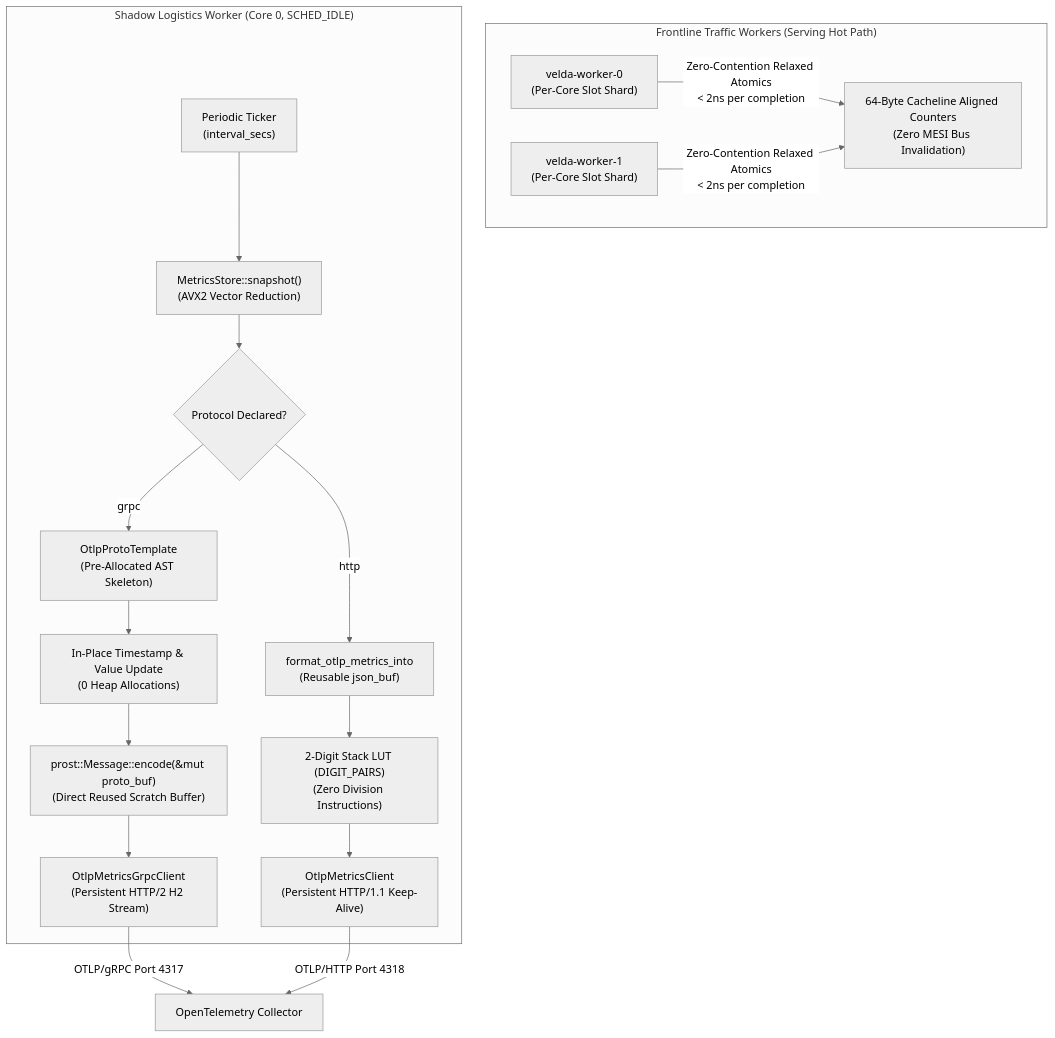
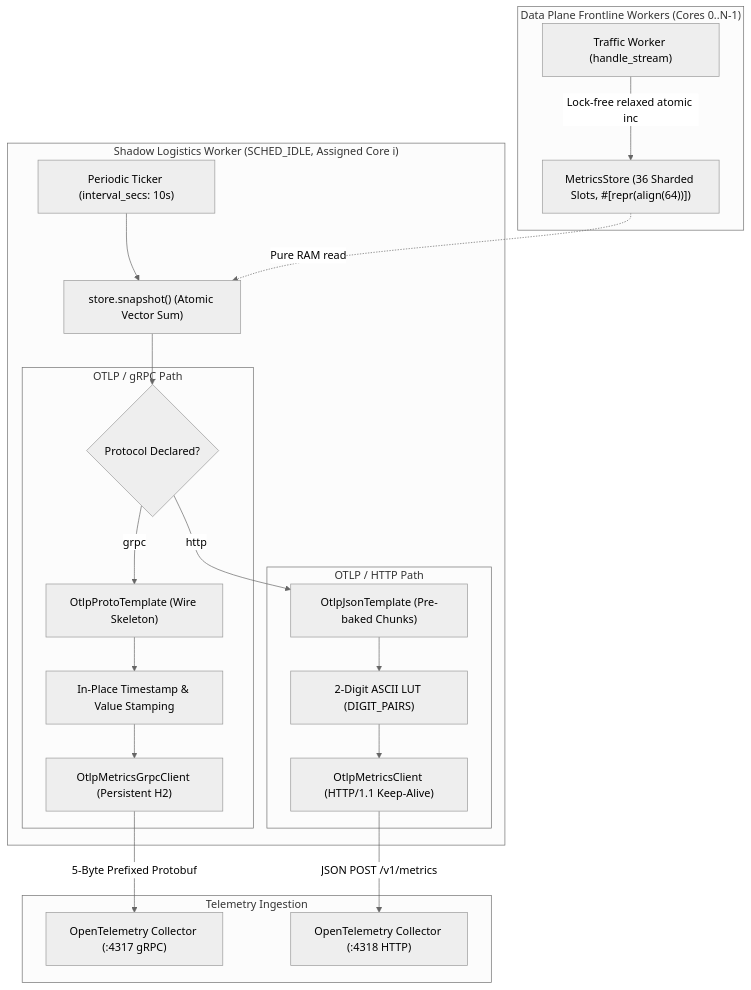
Before and after one commit to phucle996/velda-edge: the diagram in crates/velda-plugin/src/background/otlp_metrics_exporter/ARCHITECTURE.md, drawn with Mermaid (neutral theme). The commit also changed other lines of this file and 68 other files, not shown here.

````diff
--- a/crates/velda-plugin/src/background/otlp_metrics_exporter/ARCHITECTURE.md
+++ b/crates/velda-plugin/src/background/otlp_metrics_exporter/ARCHITECTURE.md
@@ -11,26 +19,43 @@
 ```mermaid
 flowchart TD
-    subgraph FrontlineTrafficWorkers["Frontline Traffic Workers (Serving Hot Path)"]
-        W0["velda-worker-0\n(Per-Core Slot Shard)"]
-        W1["velda-worker-1\n(Per-Core Slot Shard)"]
-        W0 & W1 -->|Zero-Contention Relaxed Atomics\n< 2ns per completion| Cachelines["64-Byte Cacheline Aligned Counters\n(Zero MESI Bus Invalidation)"]
+    subgraph DataPlane["Data Plane Frontline Workers (Cores 0..N-1)"]
+        FW["Traffic Worker (handle_stream)"]
+        MS["MetricsStore (36 Sharded Slots, #[repr(align(64))])"]
+        FW -->|"Lock-free relaxed atomic inc"| MS
     end
 
-    subgraph ShadowWorker["Shadow Logistics Worker (Core 0, SCHED_IDLE)"]
-        Ticker["Periodic Ticker\n(interval_secs)"] --> Snap["MetricsStore::snapshot()\n(AVX2 Vector Reduction)"]
-        
-        Snap --> ModeSwitch{"Protocol Declared?"}
-        
-        ModeSwitch -->|grpc| ProtoTemplate["OtlpProtoTemplate\n(Pre-Allocated AST Skeleton)"]
-        ProtoTemplate --> InPlaceProto["In-Place Timestamp & Value Update\n(0 Heap Allocations)"]
-        InPlaceProto --> ProtoEncode["prost::Message::encode(&mut proto_buf)\n(Direct Reused Scratch Buffer)"]
-        ProtoEncode --> GrpcClient["OtlpMetricsGrpcClient\n(Persistent HTTP/2 H2 Stream)"]
-        
-        ModeSwitch -->|http| JsonEngine["format_otlp_metrics_into\n(Reusable json_buf)"]
-        JsonEngine --> FastLUT["2-Digit Stack LUT (DIGIT_PAIRS)\n(Zero Division Instructions)"]
-        FastLUT --> HttpClient["OtlpMetricsClient\n(Persistent HTTP/1.1 Keep-Alive)"]
+    subgraph ShadowWorker["Shadow Logistics Worker (SCHED_IDLE, Assigned Core i)"]
+        LOOP["Periodic Ticker (interval_secs: 10s)"]
+        SNAP["store.snapshot() (Atomic Vector Sum)"]
+        MODE{"Protocol Declared?"}
+
+        LOOP --> SNAP
+        MS -.->|"Pure RAM read"| SNAP
+        SNAP --> MODE
+
+        subgraph GrpcEngine["OTLP / gRPC Path"]
+            PROTO_TPL["OtlpProtoTemplate (Wire Skeleton)"]
+            IN_PLACE["In-Place Timestamp & Value Stamping"]
+            H2_CLIENT["OtlpMetricsGrpcClient (Persistent H2)"]
+            MODE -->|"grpc"| PROTO_TPL
+            PROTO_TPL --> IN_PLACE
+            IN_PLACE --> H2_CLIENT
+        end
+
+        subgraph HttpEngine["OTLP / HTTP Path"]
+            JSON_TPL["OtlpJsonTemplate (Pre-baked Chunks)"]
+            LUT["2-Digit ASCII LUT (DIGIT_PAIRS)"]
+            HTTP_CLIENT["OtlpMetricsClient (HTTP/1.1 Keep-Alive)"]
+            MODE -->|"http"| JSON_TPL
+            JSON_TPL --> LUT
+            LUT --> HTTP_CLIENT
+        end
     end
 
-    GrpcClient -->|OTLP/gRPC Port 4317| Collector["OpenTelemetry Collector"]
-    HttpClient -->|OTLP/HTTP Port 4318| Collector
+    subgraph Collector["Telemetry Ingestion"]
+        OTEL_GRPC["OpenTelemetry Collector (:4317 gRPC)"]
+        OTEL_HTTP["OpenTelemetry Collector (:4318 HTTP)"]
+        H2_CLIENT -->|"5-Byte Prefixed Protobuf"| OTEL_GRPC
+        HTTP_CLIENT -->|"JSON POST /v1/metrics"| OTEL_HTTP
+    end
 ```
````
